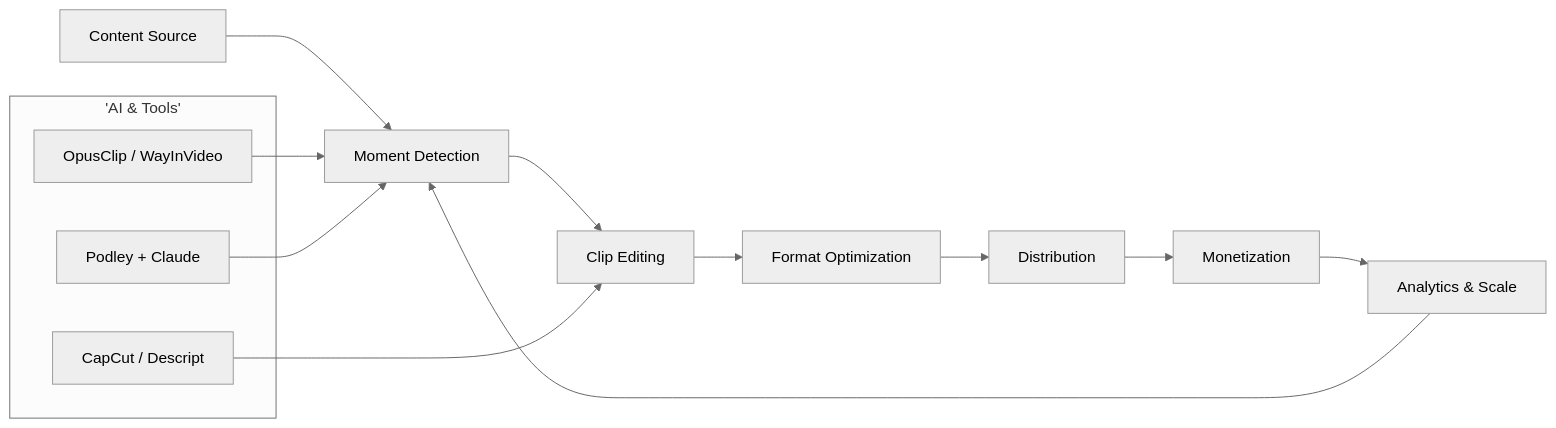
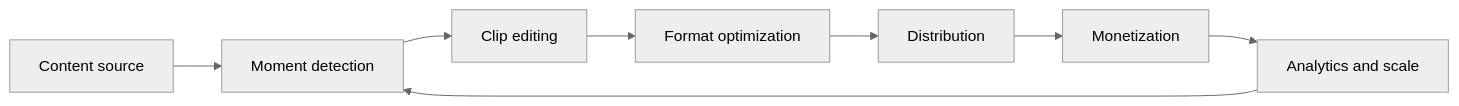
The first of 3 diagrams in src/content/blog/clipping-viral-masterclass.md (jeroroldan/jeronimo-blog), drawn with Mermaid (neutral theme) before and after one commit. The commit also changed other lines of this file and 1 other file, not shown here.

First line of the commit message:
fix(masterclass): update content and formatting in viral clipping masterclass

````diff
--- a/src/content/blog/clipping-viral-masterclass.md
+++ b/src/content/blog/clipping-viral-masterclass.md
@@ -32,20 +32,10 @@
 ```mermaid
 flowchart LR
-    A[Content Source] --> B[Moment Detection]
-    B --> C[Clip Editing]
-    C --> D[Format Optimization]
+    A[Content source] --> B[Moment detection]
+    B --> C[Clip editing]
+    C --> D[Format optimization]
     D --> E[Distribution]
     E --> F[Monetization]
-    F --> G[Analytics & Scale]
+    F --> G[Analytics and scale]
     G --> B
-
-    subgraph AI_AGENTS ['AI & Tools']
-        B1[OpusClip / WayInVideo]
-        B2[Podley + Claude]
-        B3[CapCut / Descript]
-    end
-
-    B1 --> B
-    B2 --> B
-    B3 --> C
 ```
````
